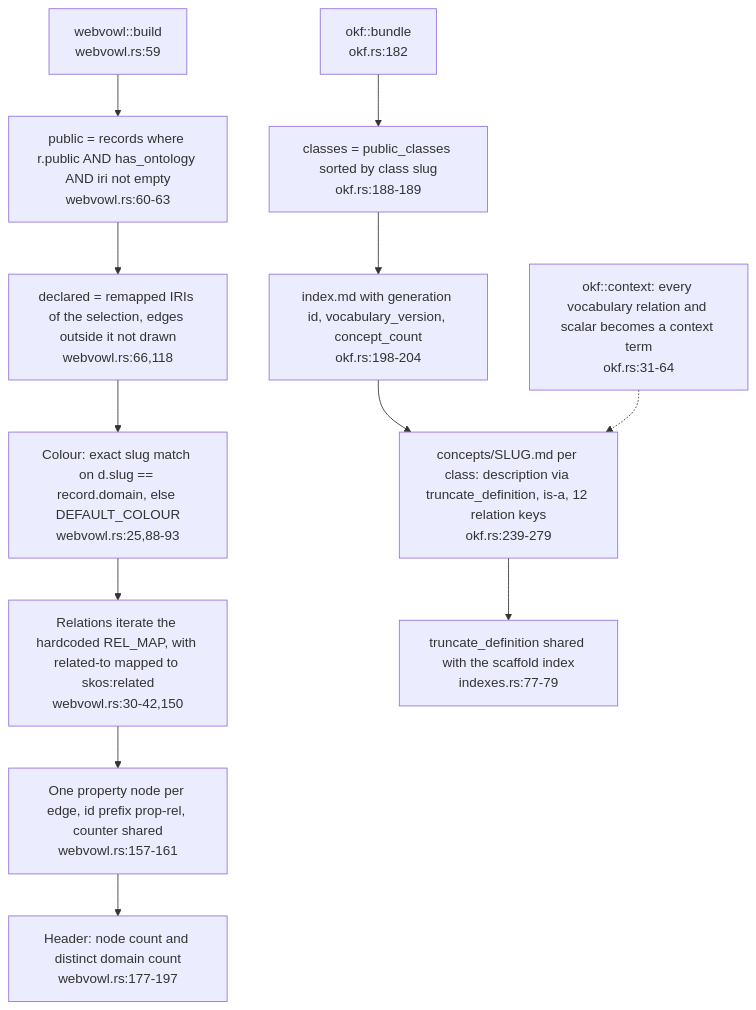
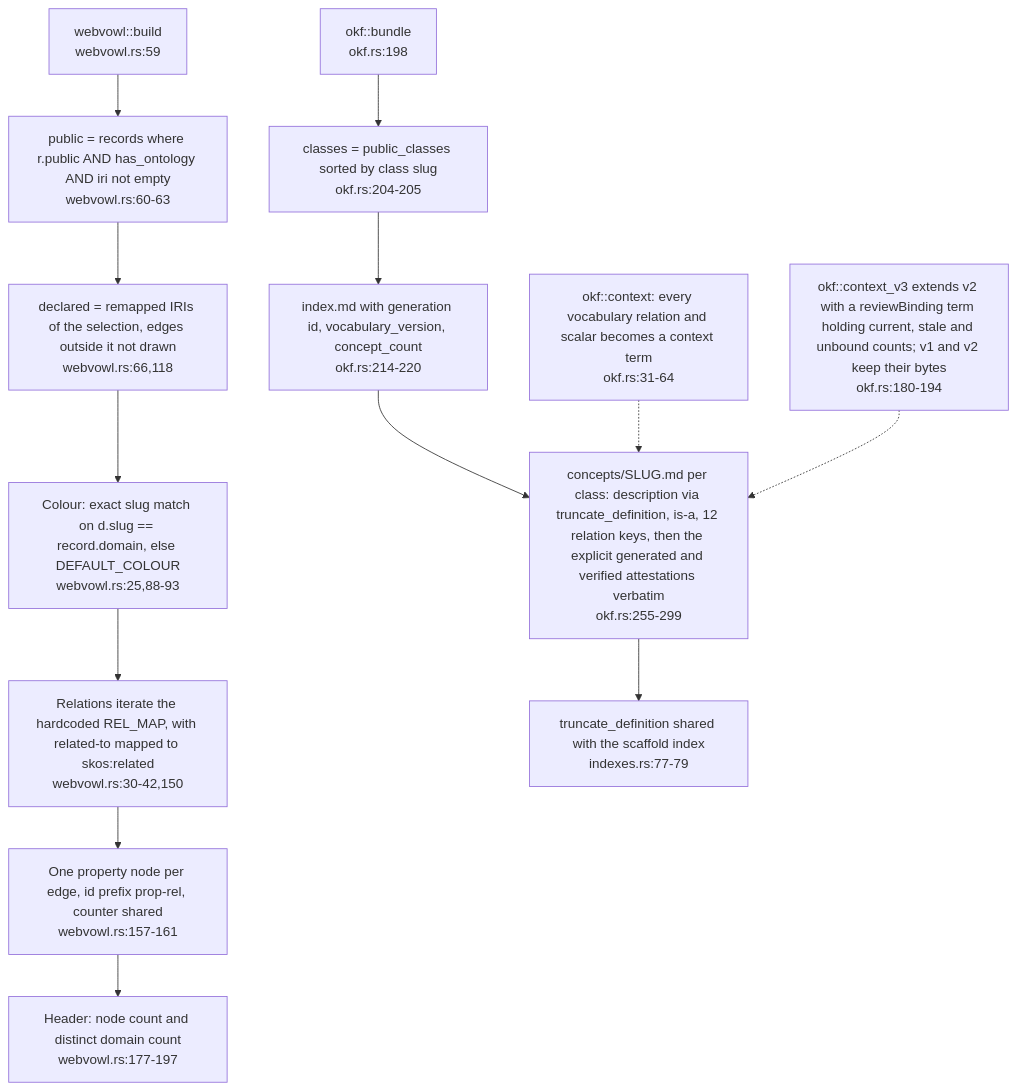
One commit to DreamLab-AI/VisionFlow changed the sixth of 7 diagrams in docs/diagrams/ontomark/04-emitters-turtle-indexes-tiers-and-contract-c3.md. Above: the diagram before and after it, drawn with Mermaid. The commit also changed other lines of this file and 70 other files, not shown here.

First line of the commit message:
docs(diagrams): re-verify 69 topics at current default-branch heads

````diff
--- a/docs/diagrams/ontomark/04-emitters-turtle-indexes-tiers-and-contract-c3.md
+++ b/docs/diagrams/ontomark/04-emitters-turtle-indexes-tiers-and-contract-c3.md
@@ -213,20 +214,22 @@
 ```mermaid
 flowchart TD
     VW["webvowl::build<br/>webvowl.rs:59"]
     VWSEL["public = records where r.public AND has_ontology AND iri not empty<br/>webvowl.rs:60-63"]
     VWDECL["declared = remapped IRIs of the selection, edges outside it not drawn<br/>webvowl.rs:66,118"]
     VWCOL["Colour: exact slug match on d.slug == record.domain, else DEFAULT_COLOUR<br/>webvowl.rs:25,88-93"]
     VWREL["Relations iterate the hardcoded REL_MAP, with related-to mapped to skos:related<br/>webvowl.rs:30-42,150"]
     VWPROP["One property node per edge, id prefix prop-rel, counter shared<br/>webvowl.rs:157-161"]
     VWHDR["Header: node count and distinct domain count<br/>webvowl.rs:177-197"]
-    OK["okf::bundle<br/>okf.rs:182"]
-    OKSEL["classes = public_classes sorted by class slug<br/>okf.rs:188-189"]
-    OKIDX["index.md with generation id, vocabulary_version, concept_count<br/>okf.rs:198-204"]
-    OKCON["concepts/SLUG.md per class: description via truncate_definition, is-a, 12 relation keys<br/>okf.rs:239-279"]
+    OK["okf::bundle<br/>okf.rs:198"]
+    OKSEL["classes = public_classes sorted by class slug<br/>okf.rs:204-205"]
+    OKIDX["index.md with generation id, vocabulary_version, concept_count<br/>okf.rs:214-220"]
+    OKCON["concepts/SLUG.md per class: description via truncate_definition, is-a, 12 relation keys, then the explicit generated and verified attestations verbatim<br/>okf.rs:255-299"]
     OKCTX["okf::context: every vocabulary relation and scalar becomes a context term<br/>okf.rs:31-64"]
+    OKCTX3["okf::context_v3 extends v2 with a reviewBinding term holding current, stale and unbound counts; v1 and v2 keep their bytes<br/>okf.rs:180-194"]
     SHARED["truncate_definition shared with the scaffold index<br/>indexes.rs:77-79"]
     VW --> VWSEL --> VWDECL --> VWCOL --> VWREL --> VWPROP --> VWHDR
     OK --> OKSEL --> OKIDX --> OKCON
     OKCON --> SHARED
     OKCTX -.-> OKCON
+    OKCTX3 -.-> OKCON
 ```
````
